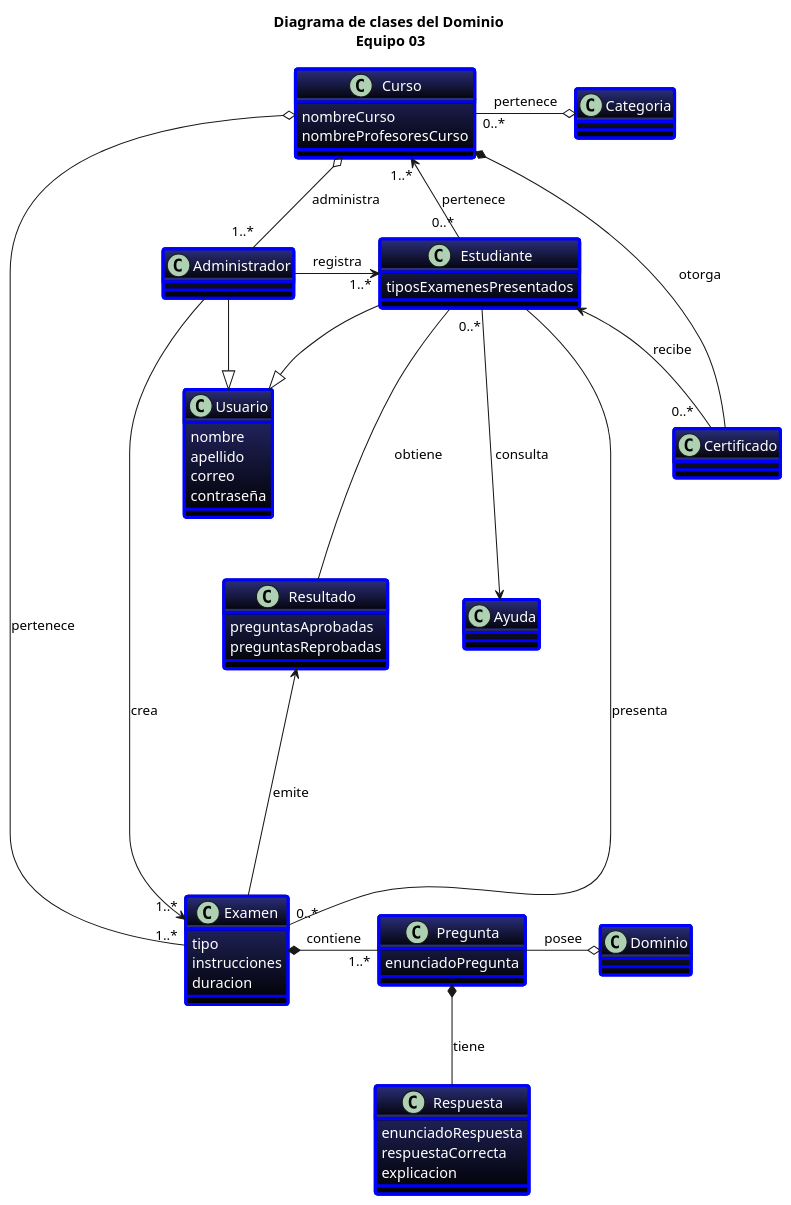
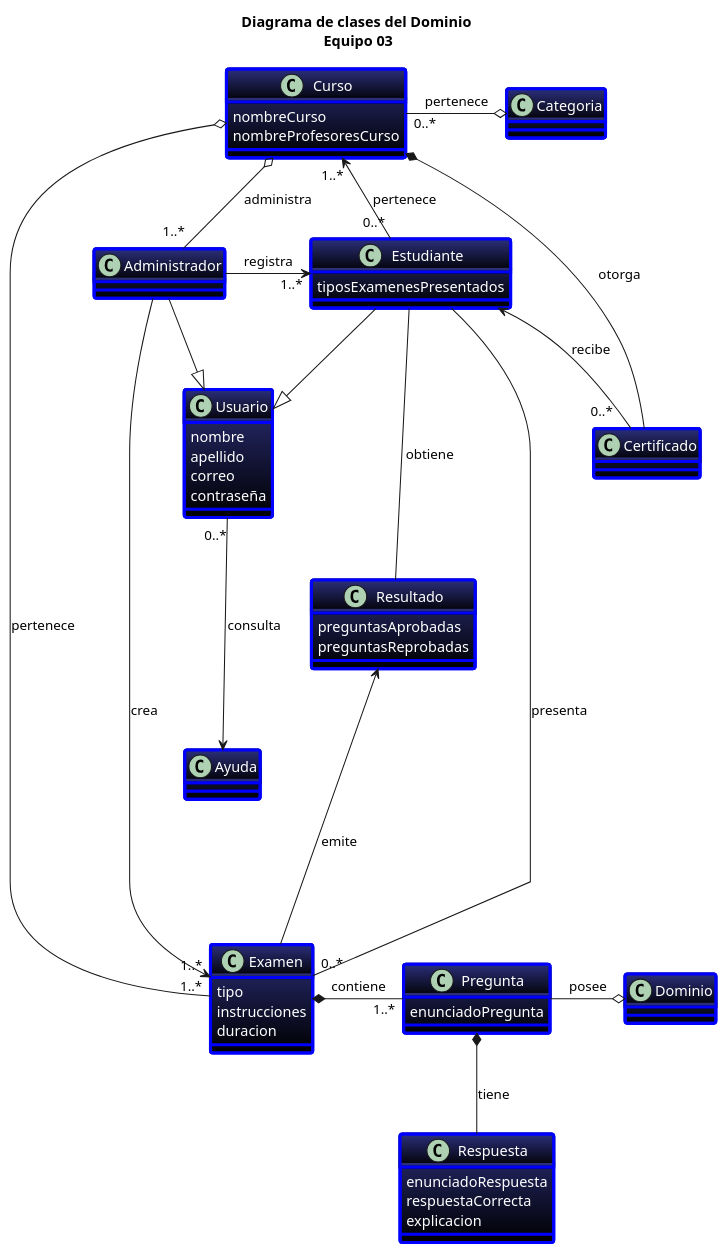
One commit to febres35/EdTech_IS changed the diagram in docs/scenariosView/diagramaClasesDominio.plantuml. Above: the diagram before and after it, drawn with PlantUML. The commit also changed 1 other file, not shown here.

Commit message:
Cambio de relacion de la clase "Ayuda"

```diff
--- a/docs/scenariosView/diagramaClasesDominio.plantuml
+++ b/docs/scenariosView/diagramaClasesDominio.plantuml
@@ -1,78 +1,78 @@
 @startuml "Diagrama de clases"
 
 title "Diagrama de clases del Dominio\n Equipo 03"
 
 skinparam Class{
   BackgroundColor 2B2F7B-black
   AttributeFontColor white
   BorderThickness 3
   BorderColor blue
 }
 class Usuario{
   nombre
   apellido
   correo
   contraseña 
 }
 class Administrador
 
 class Estudiante{
   tiposExamenesPresentados
 }
 
 class Ayuda
 
 class Curso{
   nombreCurso
   nombreProfesoresCurso
 }
 class Categoria
 
 class Examen{
   tipo
   instrucciones
   duracion
 }
 class Resultado{
   preguntasAprobadas
   preguntasReprobadas
 }
 
 class Pregunta{
   enunciadoPregunta
 }
 
 class Dominio
 
 class Respuesta{
   enunciadoRespuesta
   respuestaCorrecta
   explicacion
 }
 class Certificado{
 }
 
 Usuario <|-left- Administrador
 Usuario <|-up- Estudiante
+Usuario "0..*"---> Ayuda: consulta
 
 Administrador --> "1..*"Examen: crea
 Administrador -right-> "     1..*"Estudiante: registra
 Administrador "    1..*"-up-o Curso: administra
 
 Estudiante "0..*"-right->"    1..*"Curso: pertenece
 Estudiante -right- "0..*"Examen: presenta
 Estudiante <-- "0..*   "Certificado: recibe
-Estudiante "0..*"---> Ayuda: consulta
 Estudiante --- Resultado: "obtiene          "
 
 Examen *-right- "1..*"Pregunta: contiene
 Examen -up---> Resultado: emite
 
 Pregunta *-down- Respuesta: tiene
 Pregunta -right-o Dominio: posee
 
 Curso "0..*" -right-o Categoria: pertenece
 Curso o----- "1..*"Examen: pertenece
 Curso *- Certificado: otorga
 
 @enduml
```
